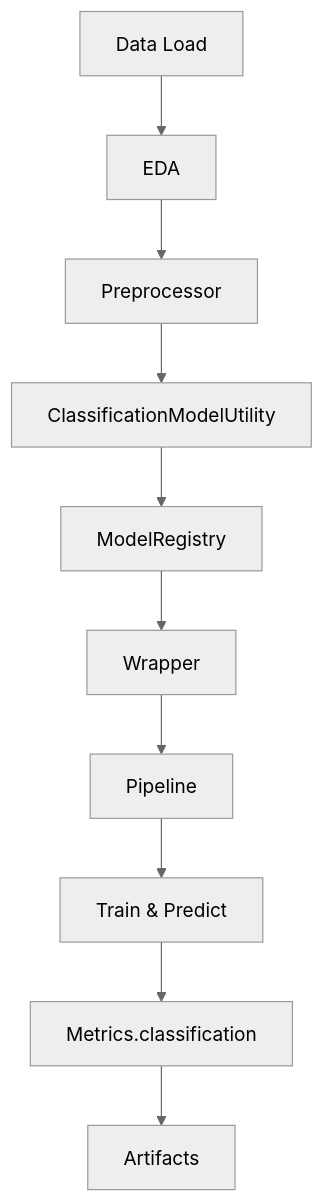
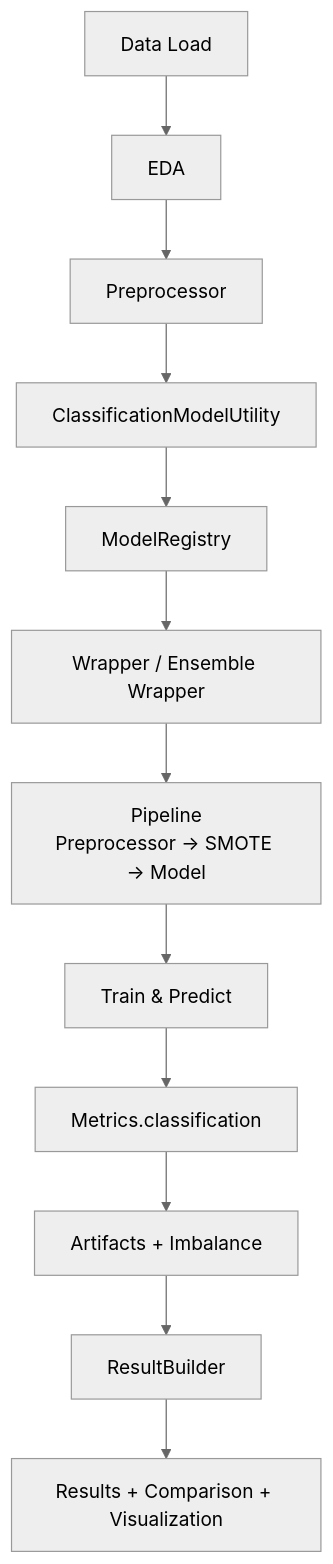
Before and after one commit to abhinavssingh/python-learnings: the diagram in Module-3/ML/ML_LOGISTIC_PIPELINE.md, drawn with Mermaid (neutral theme). The commit also changed other lines of this file, not shown here.

Commit message:
Update ml logistic pipeline readme file

````diff
--- a/Module-3/ML/ML_LOGISTIC_PIPELINE.md
+++ b/Module-3/ML/ML_LOGISTIC_PIPELINE.md
@@ -17,12 +21,23 @@
 ```mermaid
 flowchart TD
     A[Data Load] --> B[EDA]
     B --> C[Preprocessor]
+
     C --> D[ClassificationModelUtility]
+
     D --> E[ModelRegistry]
-    E --> F[Wrapper]
-    F --> G[Pipeline]
+
+    E --> F[Wrapper / Ensemble Wrapper]
+
+    F --> G["Pipeline<br/>Preprocessor → SMOTE → Model"]
+
     G --> H[Train & Predict]
+
     H --> I[Metrics.classification]
-    I --> J[Artifacts]
+
+    I --> J[Artifacts + Imbalance]
+
+    J --> K[ResultBuilder]
+
+    K --> L[Results + Comparison + Visualization]
 ```
````
